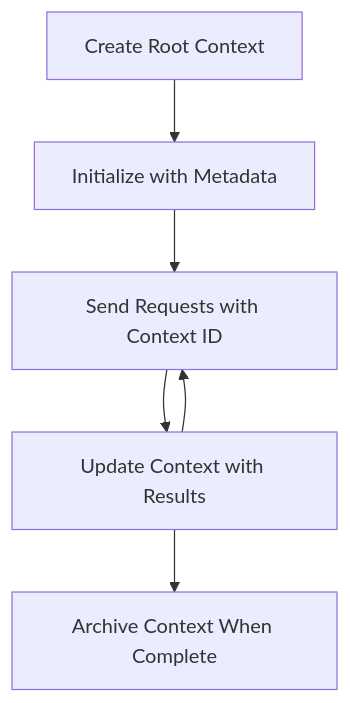
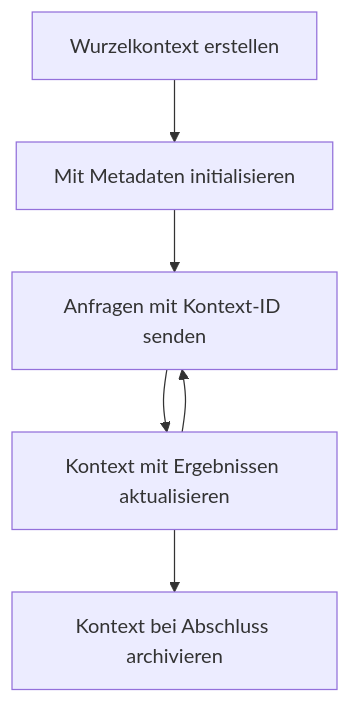
The diagram in mcp_ecosystem__model_context_protocol/mcp_learning_resources/mcp-for-beginners/translations/de/05-AdvancedTopics/mcp-root-contexts/README.md (HIDORAKAI002/ai-workspace-archive), drawn with Mermaid before and after one commit. The commit also changed other lines of this file and 5748 other files, not shown here.

````diff
--- a/mcp_ecosystem__model_context_protocol/mcp_learning_resources/mcp-for-beginners/translations/de/05-AdvancedTopics/mcp-root-contexts/README.md
+++ b/mcp_ecosystem__model_context_protocol/mcp_learning_resources/mcp-for-beginners/translations/de/05-AdvancedTopics/mcp-root-contexts/README.md
@@ -37,8 +41,8 @@
 ```mermaid
 flowchart TD
-    A[Create Root Context] --> B[Initialize with Metadata]
-    B --> C[Send Requests with Context ID]
-    C --> D[Update Context with Results]
+    A[Wurzelkontext erstellen] --> B[Mit Metadaten initialisieren]
+    B --> C[Anfragen mit Kontext-ID senden]
+    C --> D[Kontext mit Ergebnissen aktualisieren]
     D --> C
-    D --> E[Archive Context When Complete]
+    D --> E[Kontext bei Abschluss archivieren]
 ```
````
